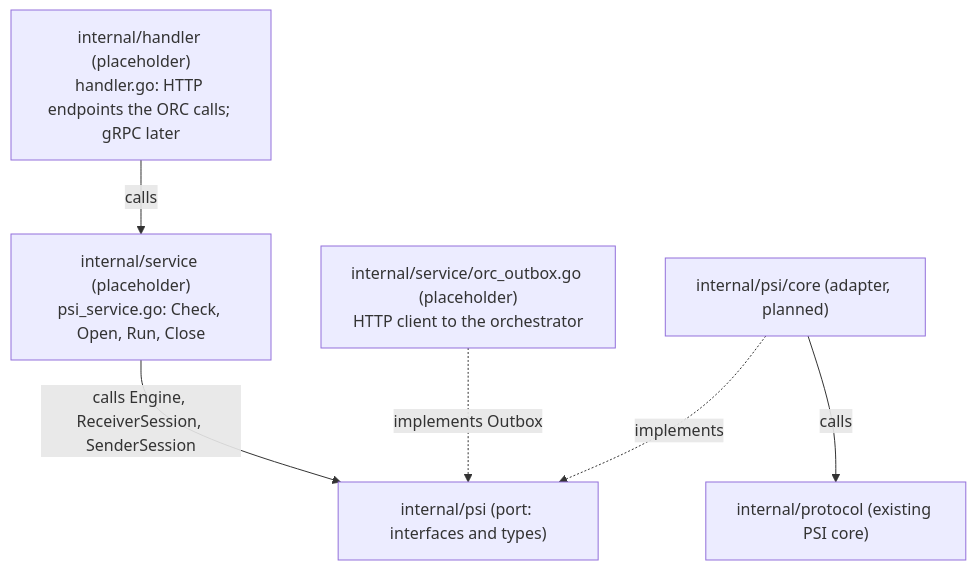
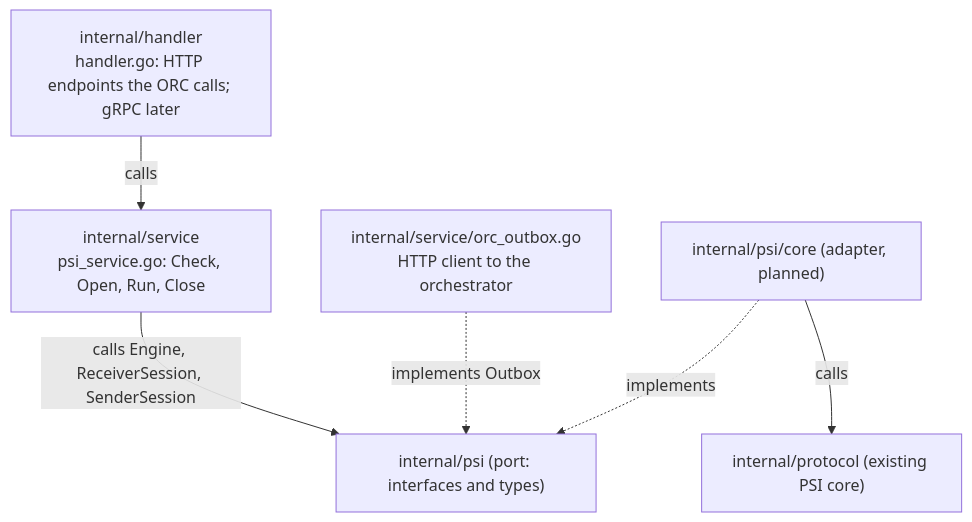
The first of 2 diagrams in internal/psi/README.md (XSpring/minipsi-relay), drawn with Mermaid before and after one commit. The commit also changed other lines of this file and 20 other files, not shown here.

First line of the commit message:
feat(service): add the cc business service and orc client

````diff
--- a/internal/psi/README.md
+++ b/internal/psi/README.md
@@ -23,8 +23,8 @@
 ```mermaid
 flowchart TD
-    H["internal/handler (placeholder)<br/>handler.go: HTTP endpoints the ORC calls; gRPC later"] -->|calls| S["internal/service (placeholder)<br/>psi_service.go: Check, Open, Run, Close"]
+    H["internal/handler<br/>handler.go: HTTP endpoints the ORC calls; gRPC later"] -->|calls| S["internal/service<br/>psi_service.go: Check, Open, Run, Close"]
     S -->|"calls Engine, ReceiverSession, SenderSession"| P["internal/psi (port: interfaces and types)"]
-    O["internal/service/orc_outbox.go (placeholder)<br/>HTTP client to the orchestrator"] -.->|implements Outbox| P
+    O["internal/service/orc_outbox.go<br/>HTTP client to the orchestrator"] -.->|implements Outbox| P
     A["internal/psi/core (adapter, planned)"] -.->|implements| P
     A -->|calls| K["internal/protocol (existing PSI core)"]
 ```
````
